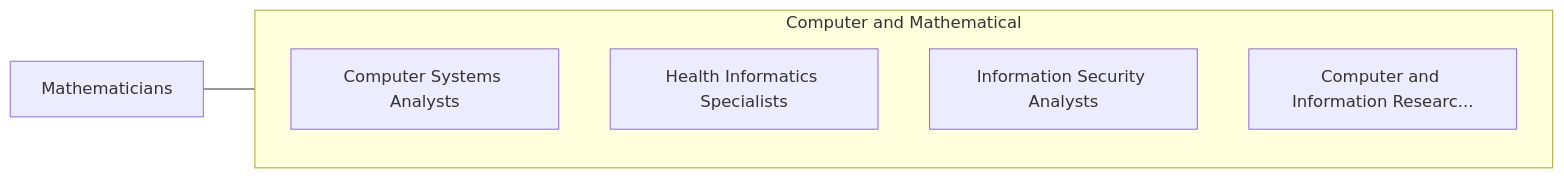
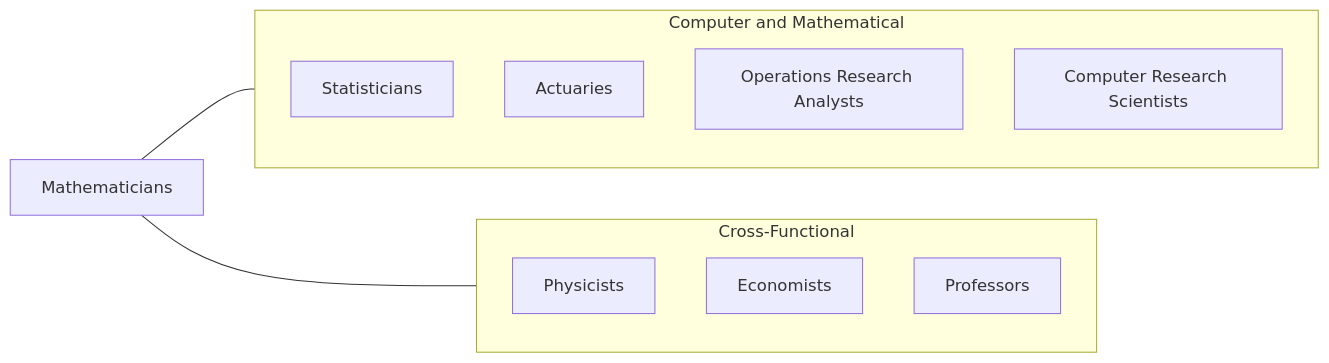
Before and after one commit to kziemski/business.org.ai: the third of 4 diagrams in occupations/Technology/Mathematicians.mdx, drawn with Mermaid. The commit also changed other lines of this file and 938 other files, not shown here.

````diff
--- a/occupations/Technology/Mathematicians.mdx
+++ b/occupations/Technology/Mathematicians.mdx
@@ -105,13 +180,20 @@
 ```mermaid
 graph LR
     Current["Mathematicians"]
 
     subgraph SameCategory["Computer and Mathematical"]
-        ComputerSystemsAnaly["Computer Systems Analysts"]
-        HealthInformaticsSpe["Health Informatics Specialists"]
-        InformationSecurityA["Information Security Analysts"]
-        ComputerAndInformati["Computer and Information Researc..."]
+        Stat["Statisticians"]
+        Act["Actuaries"]
+        ORA["Operations Research Analysts"]
+        CRS["Computer Research Scientists"]
+    end
+
+    subgraph CrossFunctional["Cross-Functional"]
+        Phys["Physicists"]
+        Econ["Economists"]
+        Prof["Professors"]
     end
 
     Current --- SameCategory
+    Current --- CrossFunctional
 ```
````
